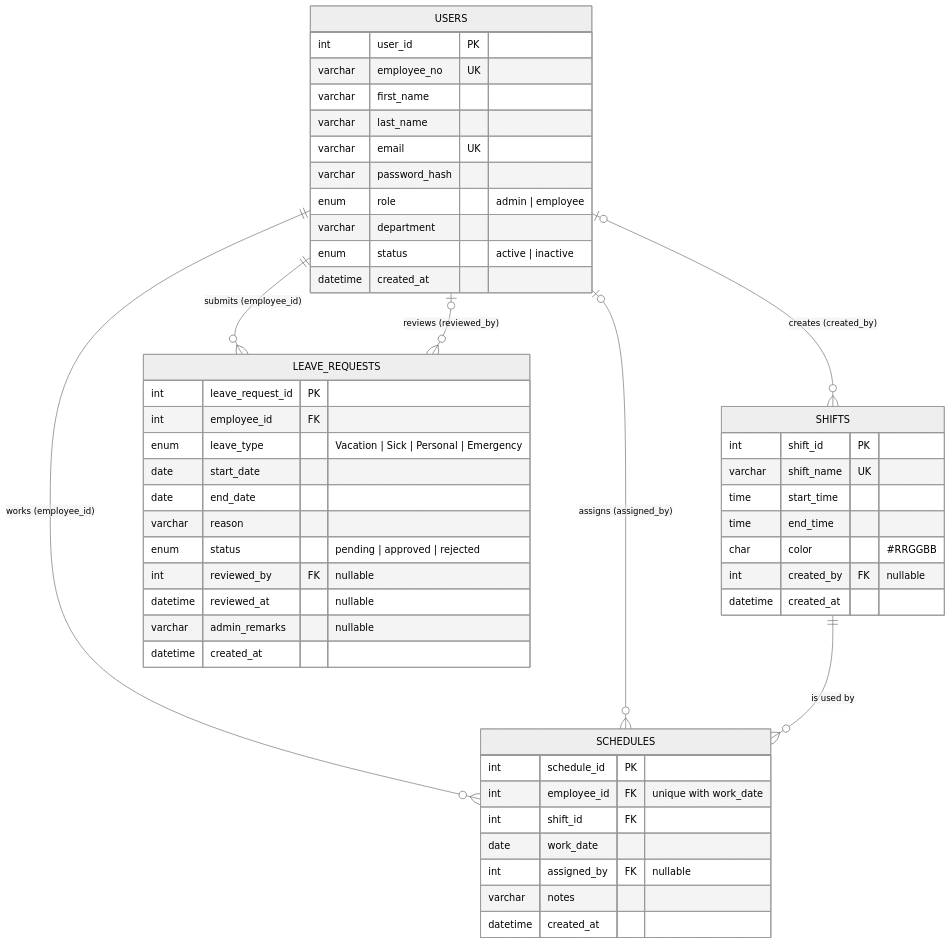
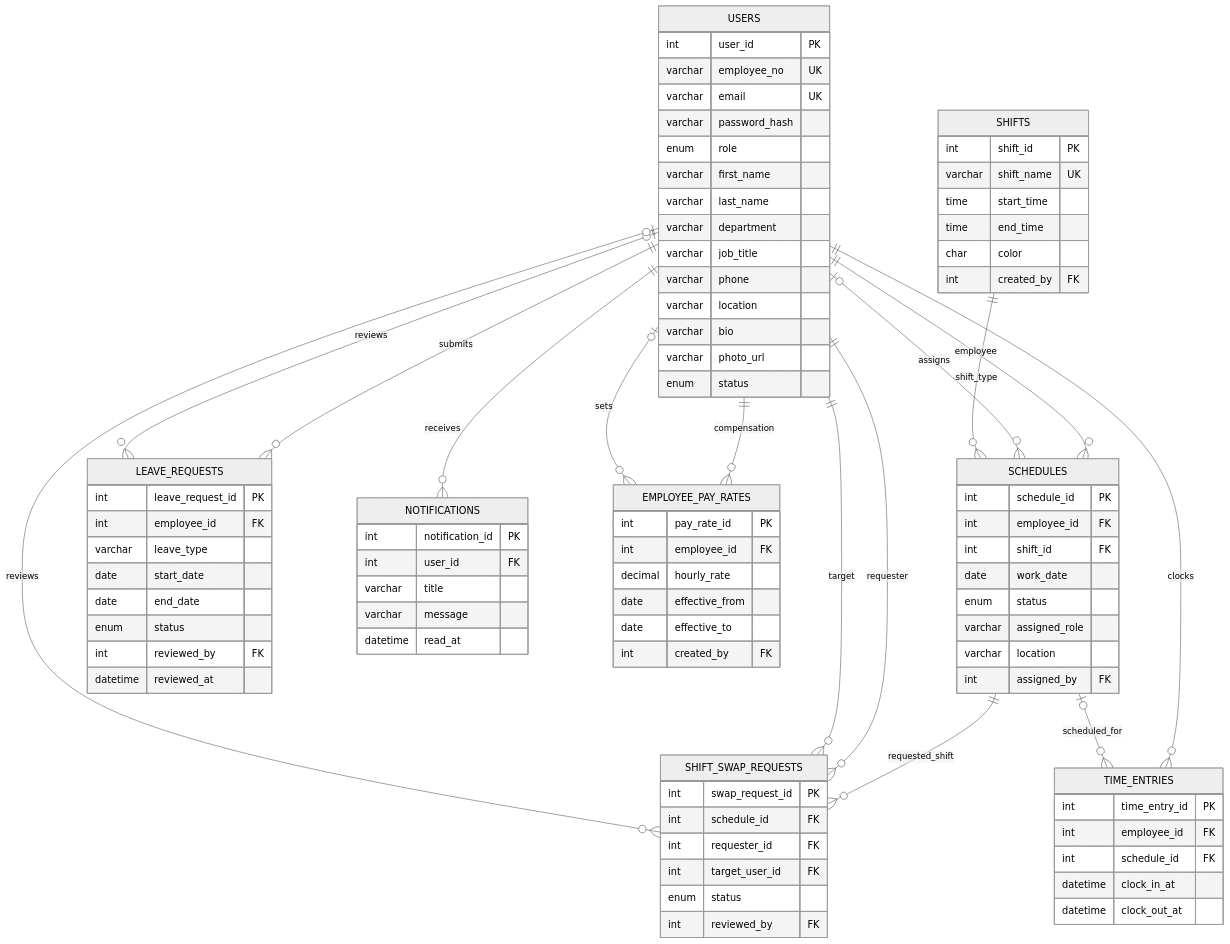
One commit to cylexuzxc/ShiftSync changed the diagram in ERD.md. Above: the diagram before and after it, drawn with Mermaid (neutral theme). The commit also changed other lines of this file and 18 other files, not shown here.

````diff
--- a/ERD.md
+++ b/ERD.md
@@ -9,53 +9,92 @@
 ```mermaid
 erDiagram
-    USERS ||--o{ SCHEDULES : "works (employee_id)"
-    USERS |o--o{ SCHEDULES : "assigns (assigned_by)"
-    SHIFTS ||--o{ SCHEDULES : "is used by"
-    USERS ||--o{ LEAVE_REQUESTS : "submits (employee_id)"
-    USERS |o--o{ LEAVE_REQUESTS : "reviews (reviewed_by)"
-    USERS |o--o{ SHIFTS : "creates (created_by)"
+    USERS ||--o{ SCHEDULES : employee
+    USERS o|--o{ SCHEDULES : assigns
+    SHIFTS ||--o{ SCHEDULES : shift_type
+    USERS ||--o{ LEAVE_REQUESTS : submits
+    USERS o|--o{ LEAVE_REQUESTS : reviews
+    SCHEDULES ||--o{ SHIFT_SWAP_REQUESTS : requested_shift
+    USERS ||--o{ SHIFT_SWAP_REQUESTS : requester
+    USERS ||--o{ SHIFT_SWAP_REQUESTS : target
+    USERS o|--o{ SHIFT_SWAP_REQUESTS : reviews
+    USERS ||--o{ TIME_ENTRIES : clocks
+    SCHEDULES o|--o{ TIME_ENTRIES : scheduled_for
+    USERS ||--o{ NOTIFICATIONS : receives
+    USERS ||--o{ EMPLOYEE_PAY_RATES : compensation
+    USERS o|--o{ EMPLOYEE_PAY_RATES : sets
 
     USERS {
         int user_id PK
         varchar employee_no UK
+        varchar email UK
+        varchar password_hash
+        enum role
         varchar first_name
         varchar last_name
-        varchar email UK
-        varchar password_hash
-        enum role "admin | employee"
         varchar department
-        enum status "active | inactive"
-        datetime created_at
+        varchar job_title
+        varchar phone
+        varchar location
+        varchar bio
+        varchar photo_url
+        enum status
     }
     SHIFTS {
         int shift_id PK
         varchar shift_name UK
         time start_time
         time end_time
-        char color "#RRGGBB"
-        int created_by FK "nullable"
-        datetime created_at
+        char color
+        int created_by FK
     }
     SCHEDULES {
         int schedule_id PK
-        int employee_id FK "unique with work_date"
+        int employee_id FK
         int shift_id FK
         date work_date
-        int assigned_by FK "nullable"
-        varchar notes
-        datetime created_at
+        enum status
+        varchar assigned_role
+        varchar location
+        int assigned_by FK
     }
     LEAVE_REQUESTS {
         int leave_request_id PK
         int employee_id FK
-        enum leave_type "Vacation | Sick | Personal | Emergency"
+        varchar leave_type
         date start_date
         date end_date
-        varchar reason
-        enum status "pending | approved | rejected"
-        int reviewed_by FK "nullable"
-        datetime reviewed_at "nullable"
-        varchar admin_remarks "nullable"
-        datetime created_at
+        enum status
+        int reviewed_by FK
+        datetime reviewed_at
+    }
+    SHIFT_SWAP_REQUESTS {
+        int swap_request_id PK
+        int schedule_id FK
+        int requester_id FK
+        int target_user_id FK
+        enum status
+        int reviewed_by FK
+    }
+    TIME_ENTRIES {
+        int time_entry_id PK
+        int employee_id FK
+        int schedule_id FK
+        datetime clock_in_at
+        datetime clock_out_at
+    }
+    NOTIFICATIONS {
+        int notification_id PK
+        int user_id FK
+        varchar title
+        varchar message
+        datetime read_at
+    }
+    EMPLOYEE_PAY_RATES {
+        int pay_rate_id PK
+        int employee_id FK
+        decimal hourly_rate
+        date effective_from
+        date effective_to
+        int created_by FK
     }
 ```
````
